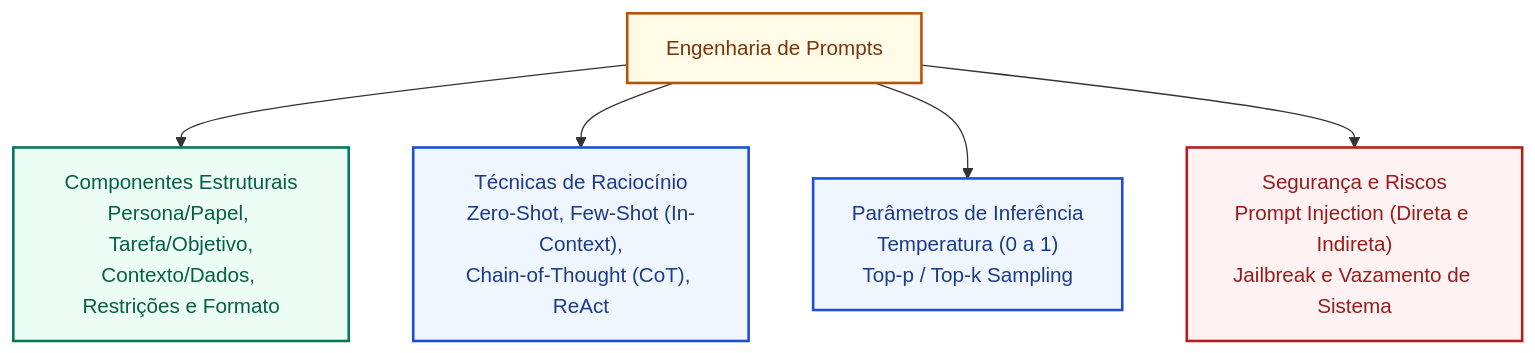
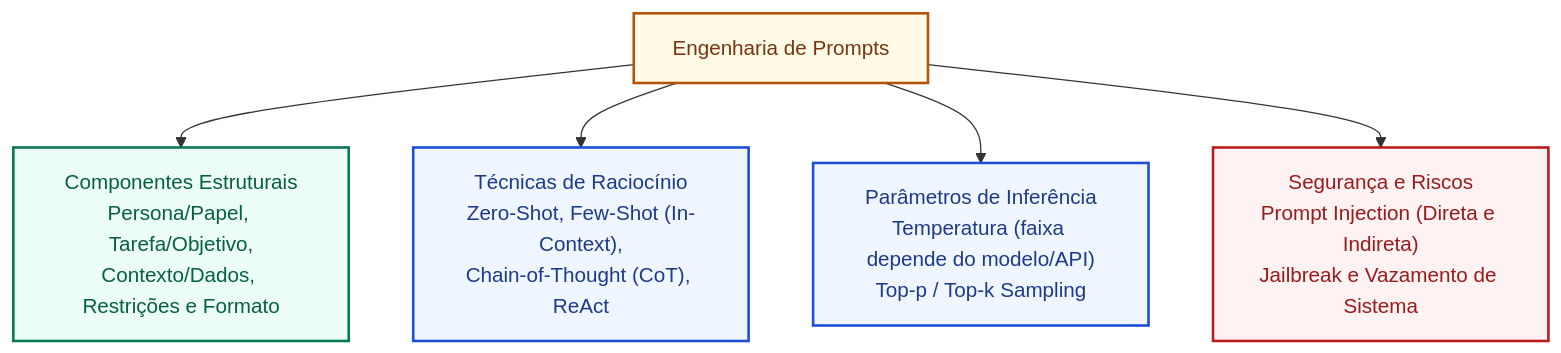
Before and after one commit to leorruas/concursos: the first of 3 diagrams in 3 - Materias/Informatica/22 - engenharia de prompts estrutura tecnicas e avaliacao.md, drawn with Mermaid. The commit also changed other lines of this file, not shown here.

````diff
--- a/3 - Materias/Informatica/22 - engenharia de prompts estrutura tecnicas e avaliacao.md
+++ b/3 - Materias/Informatica/22 - engenharia de prompts estrutura tecnicas e avaliacao.md
@@ -27,14 +27,14 @@
 ```mermaid
 flowchart TD
     classDef raiz fill:#fffbe6,stroke:#b45309,stroke-width:2px,color:#78350f;
     classDef comp fill:#ecfdf5,stroke:#047857,stroke-width:2px,color:#065f46;
     classDef tec fill:#eff6ff,stroke:#1d4ed8,stroke-width:2px,color:#1e3a8a;
     classDef seg fill:#fef2f2,stroke:#b91c1c,stroke-width:2px,color:#991b1b;
 
     PE["Engenharia de Prompts"]:::raiz
 
     PE --> C["Componentes Estruturais<br>Persona/Papel, Tarefa/Objetivo,<br>Contexto/Dados, Restrições e Formato"]:::comp
     PE --> T["Técnicas de Raciocínio<br>Zero-Shot, Few-Shot (In-Context),<br>Chain-of-Thought (CoT), ReAct"]:::tec
-    PE --> P["Parâmetros de Inferência<br>Temperatura (0 a 1)<br>Top-p / Top-k Sampling"]:::tec
+    PE --> P["Parâmetros de Inferência<br>Temperatura (faixa depende do modelo/API)<br>Top-p / Top-k Sampling"]:::tec
     PE --> S["Segurança e Riscos<br>Prompt Injection (Direta e Indireta)<br>Jailbreak e Vazamento de Sistema"]:::seg
 ```
````
